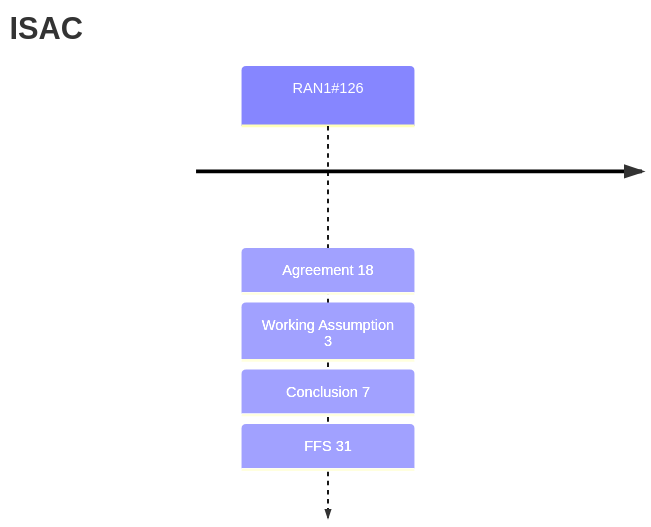
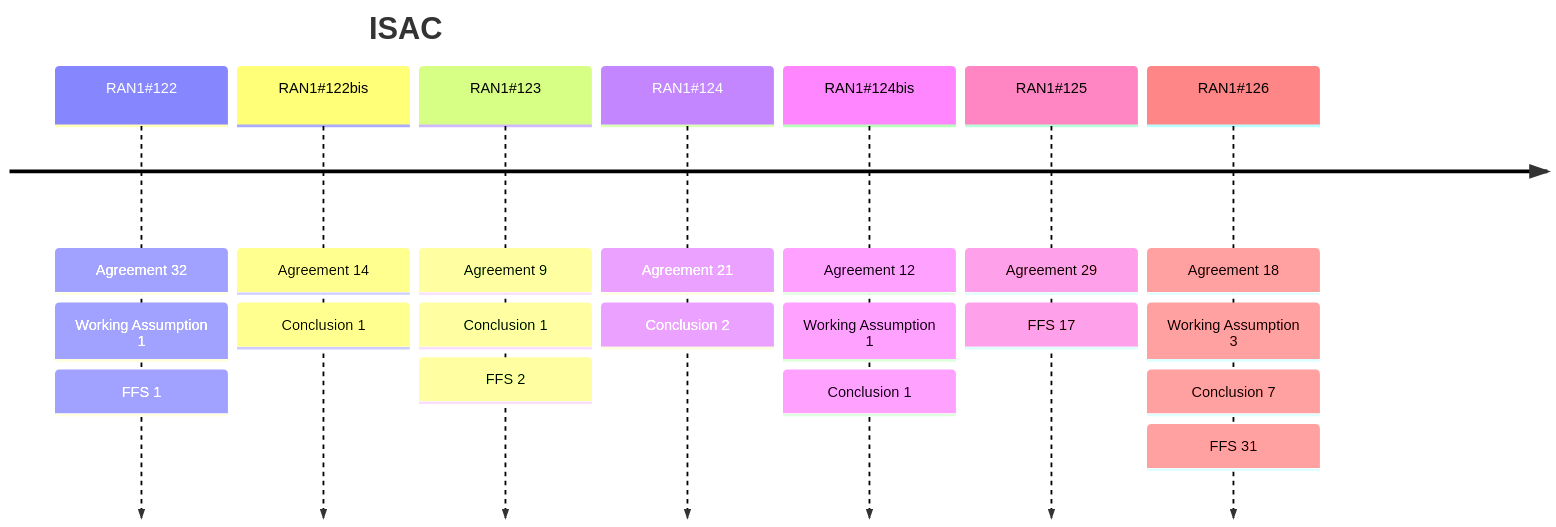
The diagram in reports/by_item/isac.md (jgunmoon/JG_Test_Project), drawn with Mermaid before and after one commit. The commit also changed other lines of this file and 21 other files, not shown here.

````diff
--- a/reports/by_item/isac.md
+++ b/reports/by_item/isac.md
@@ -7,5 +7,11 @@
 ```mermaid
 timeline
     title ISAC
+    RAN1#35;122 : Agreement 32 : Working Assumption 1 : FFS 1
+    RAN1#35;122bis : Agreement 14 : Conclusion 1
+    RAN1#35;123 : Agreement 9 : Conclusion 1 : FFS 2
+    RAN1#35;124 : Agreement 21 : Conclusion 2
+    RAN1#35;124bis : Agreement 12 : Working Assumption 1 : Conclusion 1
+    RAN1#35;125 : Agreement 29 : FFS 17
     RAN1#35;126 : Agreement 18 : Working Assumption 3 : Conclusion 7 : FFS 31
 ```
````
